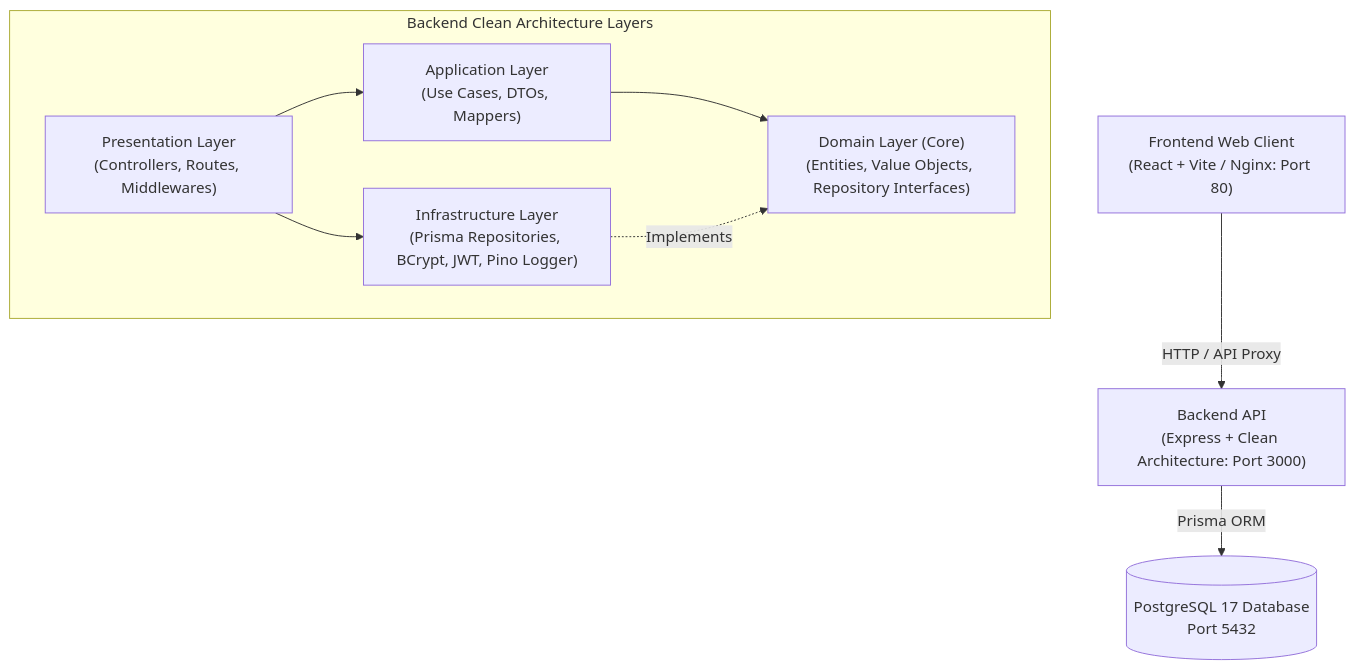
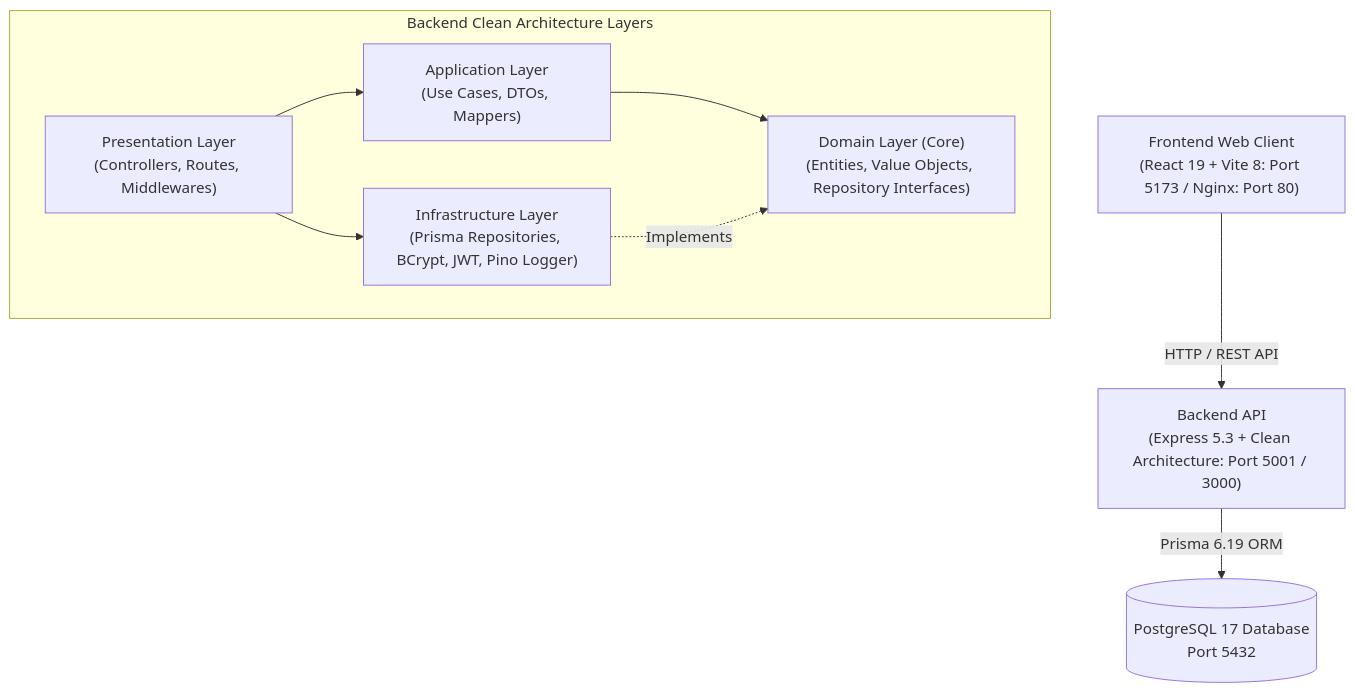
Before and after one commit to Rislasherin/Sweety: the first of 2 diagrams in README.md, drawn with Mermaid. The commit also changed other lines of this file and 8 other files, not shown here.

Commit message:
docs(submission): update README with visual tour, architecture notes, and test coverage

````diff
--- a/README.md
+++ b/README.md
@@ -96,17 +150,17 @@
 ```mermaid
 graph TD
-    Client["Frontend Web Client<br/>(React + Vite / Nginx: Port 80)"] -->|"HTTP / API Proxy"| Backend["Backend API<br/>(Express + Clean Architecture: Port 3000)"]
-    Backend -->|"Prisma ORM"| DB[("PostgreSQL 17 Database<br/>Port 5432")]
+    Client["Frontend Web Client<br/>(React 19 + Vite 8: Port 5173 / Nginx: Port 80)"] -->|"HTTP / REST API"| Backend["Backend API<br/>(Express 5.3 + Clean Architecture: Port 5001 / 3000)"]
+    Backend -->|"Prisma 6.19 ORM"| DB[("PostgreSQL 17 Database<br/>Port 5432")]
 
     subgraph "Backend Clean Architecture Layers"
         Presentation["Presentation Layer<br/>(Controllers, Routes, Middlewares)"]
         Application["Application Layer<br/>(Use Cases, DTOs, Mappers)"]
         Domain["Domain Layer (Core)<br/>(Entities, Value Objects, Repository Interfaces)"]
         Infrastructure["Infrastructure Layer<br/>(Prisma Repositories, BCrypt, JWT, Pino Logger)"]
 
         Presentation --> Application
         Application --> Domain
         Infrastructure -.->|Implements| Domain
         Presentation --> Infrastructure
     end
 ```
````
